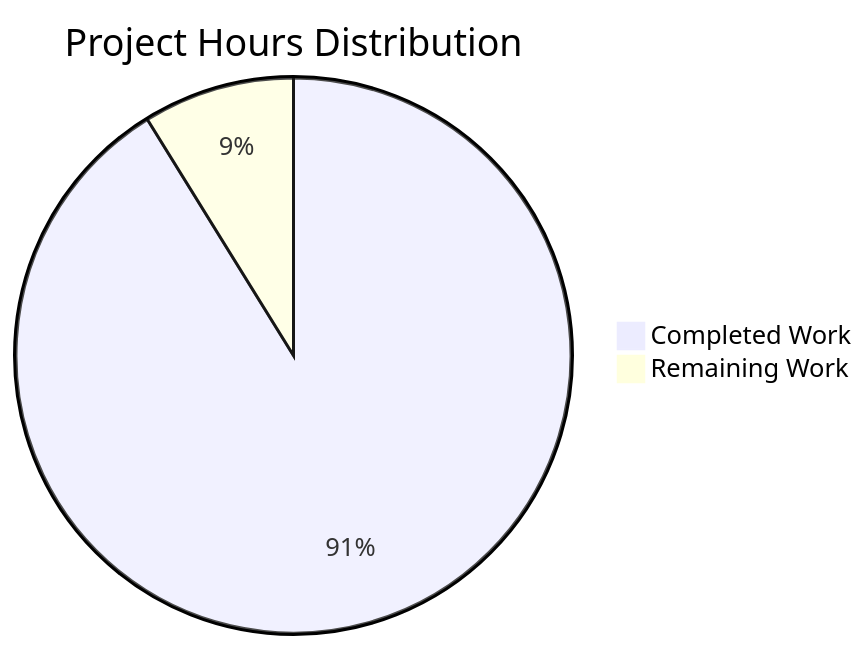
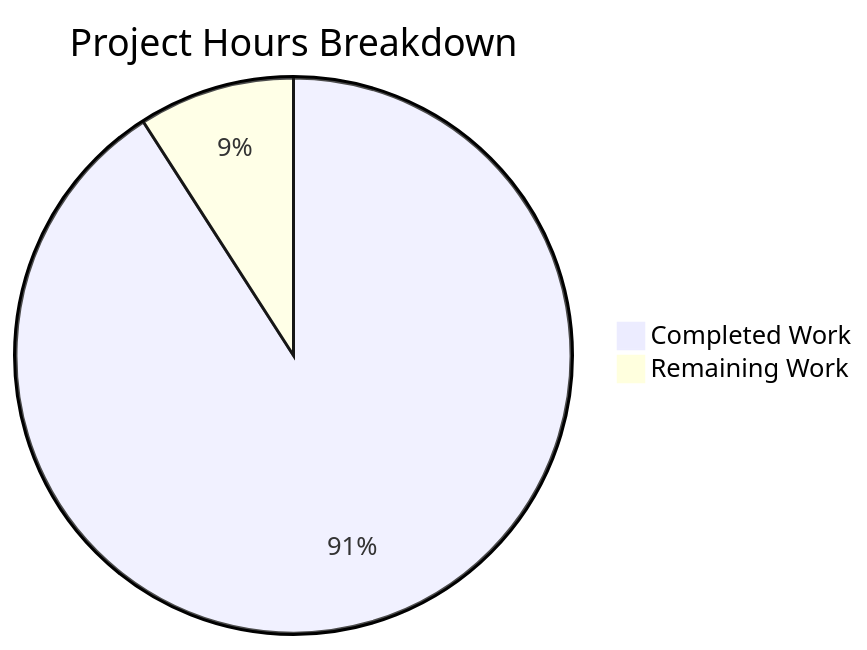
One commit to blitzy-public-samples/blitzy-WebVella-ERP changed the diagram in blitzy/documentation/Project Guide.md. Above: the diagram before and after it, drawn with Mermaid. The commit also changed other lines of this file, not shown here.

Commit message:
Adding Blitzy Project Guide: Project Status and Human Tasks Remaining

````diff
--- a/blitzy/documentation/Project Guide.md
+++ b/blitzy/documentation/Project Guide.md
@@ -93,5 +56,5 @@
 ```mermaid
-pie title Project Hours Distribution
-    "Completed Work" : 31
-    "Remaining Work" : 3
+pie title Project Hours Breakdown
+    "Completed Work" : 10
+    "Remaining Work" : 1
 ```
````
